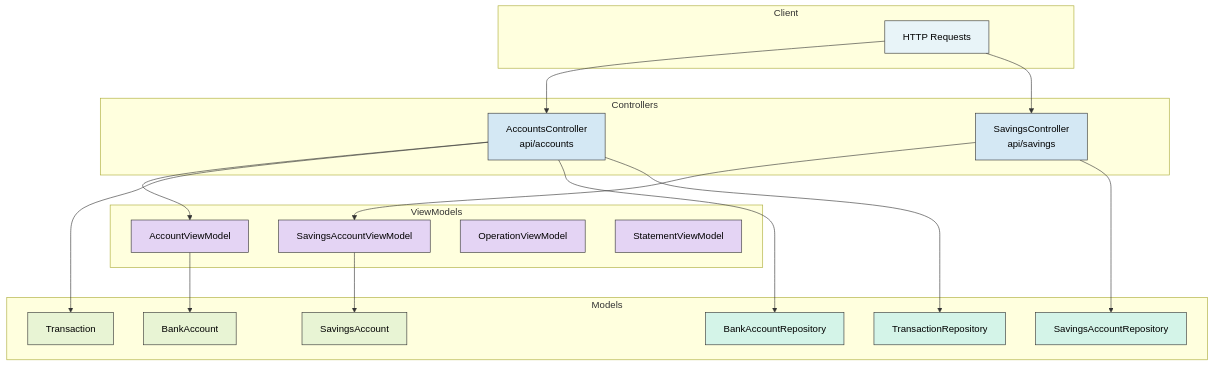
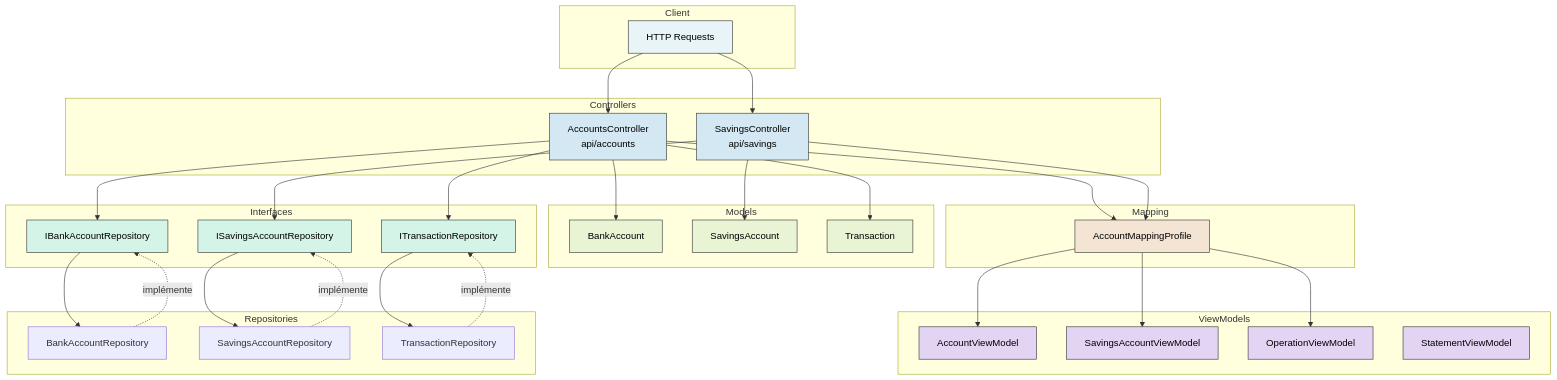
Before and after one commit to EL-R1/BankingKata-MVC: the first of 2 diagrams in README.md, drawn with Mermaid. The commit also changed other lines of this file, not shown here.

First line of the commit message:
docs: update README to reflect current architecture

````diff
--- a/README.md
+++ b/README.md
@@ -28,54 +46,81 @@
 ```mermaid
 graph TD
     subgraph Client
         HTTP[HTTP Requests]
     end
 
     subgraph Controllers
         AC[AccountsController<br/>api/accounts]
         SC[SavingsController<br/>api/savings]
+    end
+
+    subgraph Mapping
+        MP[AccountMappingProfile]
     end
 
     subgraph ViewModels
         AV[AccountViewModel]
         SV[SavingsAccountViewModel]
         OV[OperationViewModel]
         StV[StatementViewModel]
     end
 
     subgraph Models
         BA[BankAccount]
         SA[SavingsAccount]
         T[Transaction]
+    end
+
+    subgraph Repositories
         BR[BankAccountRepository]
         SR[SavingsAccountRepository]
         TR[TransactionRepository]
     end
 
+    subgraph Interfaces
+        IBR[IBankAccountRepository]
+        ISR[ISavingsAccountRepository]
+        ITR[ITransactionRepository]
+    end
+
     HTTP --> AC
     HTTP --> SC
 
-    AC --> AV
-    SC --> SV
+    AC --> MP
+    SC --> MP
 
-    AV --> BA
-    SV --> SA
+    MP --> AV
+    MP --> SV
+    MP --> OV
+
+    AC --> BA
+    SC --> SA
     AC --> T
-    AC --> BR
-    AC --> TR
-    SC --> SR
+
+    AC --> IBR
+    SC --> ISR
+    AC --> ITR
+
+    IBR --> BR
+    ISR --> SR
+    ITR --> TR
+
+    BR -.->|implémente| IBR
+    SR -.->|implémente| ISR
+    TR -.->|implémente| ITR
 
     style HTTP fill:#e8f4f8,stroke:#333,color:#000000
     style AC fill:#d4e8f4,stroke:#333,color:#000000
     style SC fill:#d4e8f4,stroke:#333,color:#000000
+    style MP fill:#f4e4d4,stroke:#333,color:#000000
     style AV fill:#e4d4f4,stroke:#333,color:#000000
     style SV fill:#e4d4f4,stroke:#333,color:#000000
     style OV fill:#e4d4f4,stroke:#333,color:#000000
     style StV fill:#e4d4f4,stroke:#333,color:#000000
     style BA fill:#e8f4d4,stroke:#333,color:#000000
     style SA fill:#e8f4d4,stroke:#333,color:#000000
     style T fill:#e8f4d4,stroke:#333,color:#000000
-    style BR fill:#d4f4e8,stroke:#333,color:#000000
-    style SR fill:#d4f4e8,stroke:#333,color:#000000
-    style TR fill:#d4f4e8,stroke:#333,color:#000000
+    style IBR fill:#d4f4e8,stroke:#333,color:#000000
+    style ISR fill:#d4f4e8,stroke:#333,color:#000000
+    style ITR fill:#d4f4e8,stroke:#333,color:#000000
 ```
````
